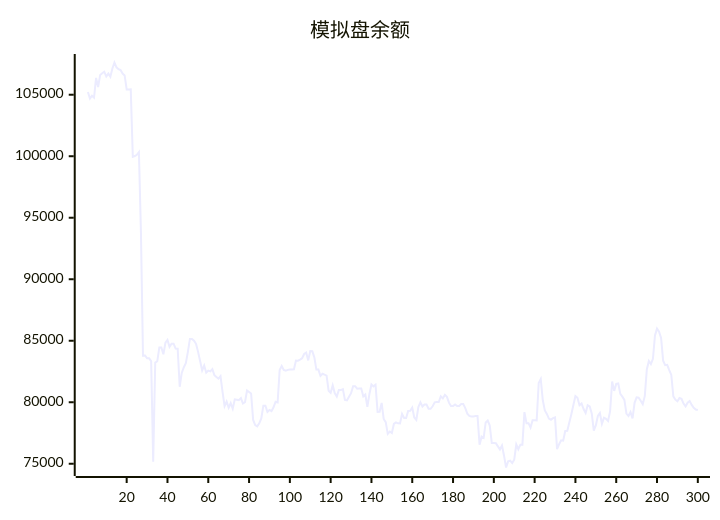
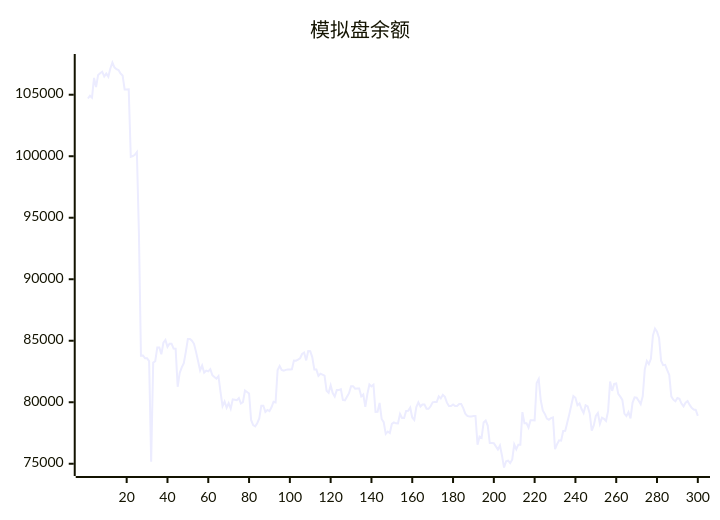
The diagram in README.md (aahl/ai-trading), drawn with Mermaid before and after one commit. The commit also changed other lines of this file and 1 other file, not shown here.

````diff
--- a/README.md
+++ b/README.md
@@ -5,5 +5,5 @@
 ```mermaid
 xychart
     title "模拟盘余额"
-    line [105227,104691,104924,104762,106364,105628,106608,106748,106872,106485,106721,106468,107132,107620,107224,107080,107001,106717,106567,105431,105431,105440,99950,100017,100113,100337,93749,83795,83807,83567,83567,83342,75168,83222,83336,84448,84449,83896,84839,85065,84499,84757,84757,84364,84347,81254,82385,82835,83184,84099,85150,85150,85002,84751,84096,83356,82582,82983,82404,82572,82512,82688,82200,82047,81920,82125,80840,79688,80060,79552,79920,79470,80236,80208,80170,80336,79894,80006,80954,80837,80712,78561,78139,78037,78293,78682,79720,79720,79214,79372,79279,79591,80046,79993,82625,82950,82626,82571,82633,82670,82670,82681,83386,83378,83464,83579,83920,84037,83402,84160,84142,83652,82655,82655,82145,82315,82243,82163,80934,80770,81371,80742,80468,80989,80989,81067,80191,80155,80450,80737,81309,81309,81106,81119,81119,80471,80631,79624,80670,81448,81290,81429,79212,79222,79940,78643,78380,77432,77623,77504,78235,78358,78284,78277,79048,78714,78714,79290,79308,79567,78763,78563,79603,79988,79652,79813,79813,79476,79469,79673,79995,80015,80015,80486,80314,80600,80436,79966,79689,79689,79819,79692,79692,79850,79850,79518,79071,78889,78850,78850,78878,78878,76554,77202,77103,78357,78510,78106,76678,76677,76672,76411,76159,76485,75656,74695,75197,75246,75052,75334,76564,76179,76553,76551,79196,78300,78300,77944,78531,78531,78521,81564,81884,80160,79335,79055,78675,78580,78708,78764,76179,76586,76902,76876,77658,77669,78346,79023,79769,80497,80366,79761,79896,79448,79126,79749,79658,79097,77695,78114,78888,79126,78249,78738,78653,78478,79271,81680,80923,81488,81527,80681,80455,80190,79084,78879,79193,78686,79954,80403,80374,80118,79848,80491,82665,83351,83098,83525,85430,85983,85737,85221,83378,83014,83043,82613,82216,80477,80208,80081,80348,80277,79894,79670,79965,80093,79786,79542,79406,79371]
+    line [104691,104924,104762,106364,105628,106608,106748,106872,106485,106721,106468,107132,107620,107224,107080,107001,106717,106567,105431,105431,105440,99950,100017,100113,100337,93749,83795,83807,83567,83567,83342,75168,83222,83336,84448,84449,83896,84839,85065,84499,84757,84757,84364,84347,81254,82385,82835,83184,84099,85150,85150,85002,84751,84096,83356,82582,82983,82404,82572,82512,82688,82200,82047,81920,82125,80840,79688,80060,79552,79920,79470,80236,80208,80170,80336,79894,80006,80954,80837,80712,78561,78139,78037,78293,78682,79720,79720,79214,79372,79279,79591,80046,79993,82625,82950,82626,82571,82633,82670,82670,82681,83386,83378,83464,83579,83920,84037,83402,84160,84142,83652,82655,82655,82145,82315,82243,82163,80934,80770,81371,80742,80468,80989,80989,81067,80191,80155,80450,80737,81309,81309,81106,81119,81119,80471,80631,79624,80670,81448,81290,81429,79212,79222,79940,78643,78380,77432,77623,77504,78235,78358,78284,78277,79048,78714,78714,79290,79308,79567,78763,78563,79603,79988,79652,79813,79813,79476,79469,79673,79995,80015,80015,80486,80314,80600,80436,79966,79689,79689,79819,79692,79692,79850,79850,79518,79071,78889,78850,78850,78878,78878,76554,77202,77103,78357,78510,78106,76678,76677,76672,76411,76159,76485,75656,74695,75197,75246,75052,75334,76564,76179,76553,76551,79196,78300,78300,77944,78531,78531,78521,81564,81884,80160,79335,79055,78675,78580,78708,78764,76179,76586,76902,76876,77658,77669,78346,79023,79769,80497,80366,79761,79896,79448,79126,79749,79658,79097,77695,78114,78888,79126,78249,78738,78653,78478,79271,81680,80923,81488,81527,80681,80455,80190,79084,78879,79193,78686,79954,80403,80374,80118,79848,80491,82665,83351,83098,83525,85430,85983,85737,85221,83378,83014,83043,82613,82216,80477,80208,80081,80348,80277,79894,79670,79965,80093,79786,79542,79406,79371,78893]
 ```
````
